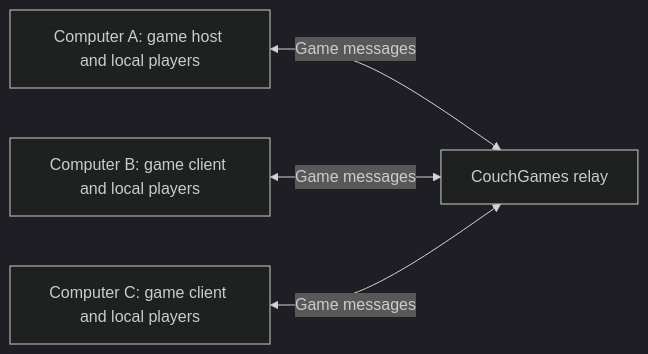
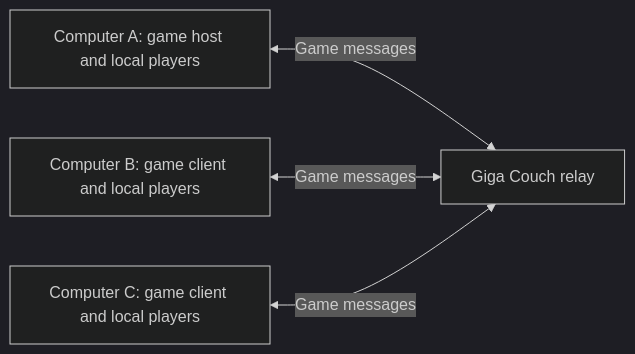
Before and after one commit to ryan321/couchgames: the diagram in docs/multiplayer.md, drawn with Mermaid (dark theme). The commit also changed other lines of this file and 70 other files, not shown here.

First line of the commit message:
Rebrand to Giga Couch and add a wired USB pad helper.

````diff
--- a/docs/multiplayer.md
+++ b/docs/multiplayer.md
@@ -41,6 +41,6 @@
 ```mermaid
 flowchart LR
-    A[Computer A: game host and local players] <-->|Game messages| R[CouchGames relay]
+    A[Computer A: game host and local players] <-->|Game messages| R[Giga Couch relay]
     B[Computer B: game client and local players] <-->|Game messages| R
     C[Computer C: game client and local players] <-->|Game messages| R
 ```
````
